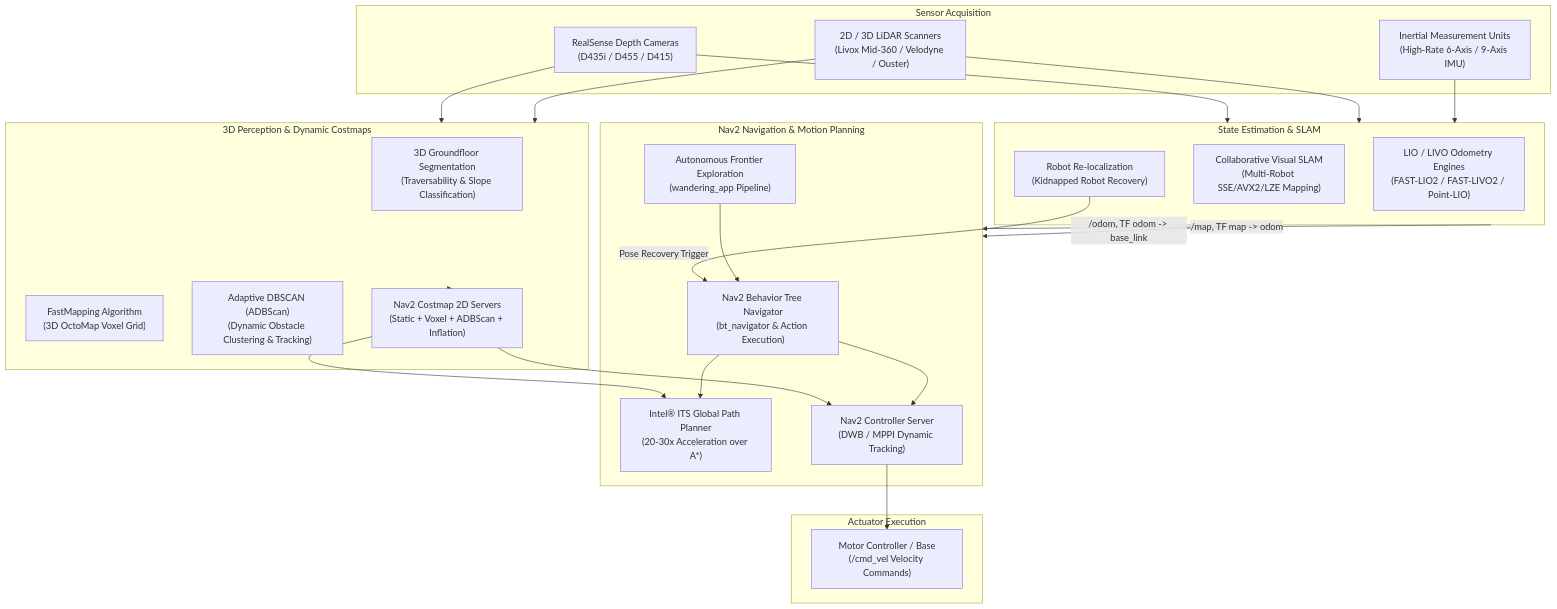
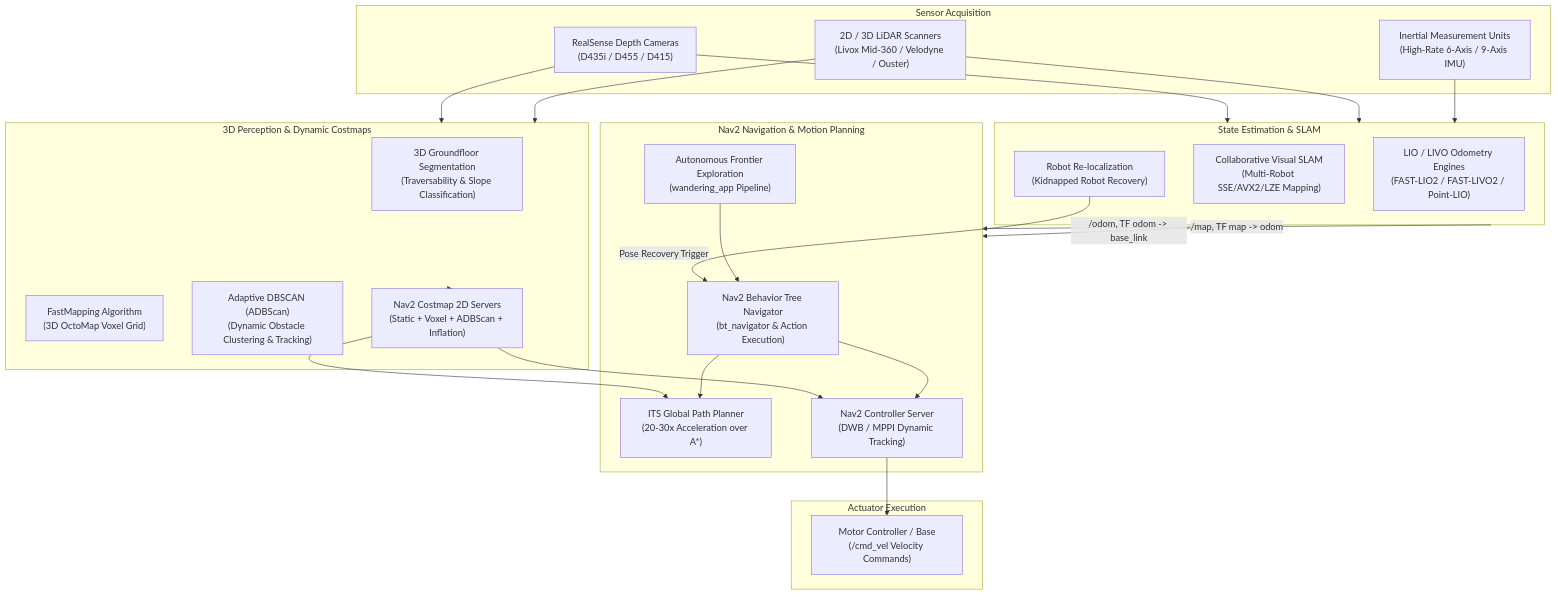
Before and after one commit to open-edge-platform/robotics-ai-suite-staging: the diagram in docs/user-guide/components/navigation/index.md, drawn with Mermaid. The commit also changed other lines of this file and 20 other files, not shown here.

````diff
--- a/docs/user-guide/components/navigation/index.md
+++ b/docs/user-guide/components/navigation/index.md
@@ -12,52 +12,52 @@
 ```{mermaid}
 flowchart TD
     subgraph Sensors["Sensor Acquisition"]
         RS["RealSense Depth Cameras\n(D435i / D455 / D415)"]
         LiDAR["2D / 3D LiDAR Scanners\n(Livox Mid-360 / Velodyne / Ouster)"]
         IMU["Inertial Measurement Units\n(High-Rate 6-Axis / 9-Axis IMU)"]
     end
 
     subgraph State_Estimation["State Estimation & SLAM"]
         LIO["LIO / LIVO Odometry Engines\n(FAST-LIO2 / FAST-LIVO2 / Point-LIO)"]
         CollabSLAM["Collaborative Visual SLAM\n(Multi-Robot SSE/AVX2/LZE Mapping)"]
         Reloc["Robot Re-localization\n(Kidnapped Robot Recovery)"]
     end
 
     subgraph Costmaps["3D Perception & Dynamic Costmaps"]
         GF["3D Groundfloor Segmentation\n(Traversability & Slope Classification)"]
         FM["FastMapping Algorithm\n(3D OctoMap Voxel Grid)"]
         ADB["Adaptive DBSCAN (ADBScan)\n(Dynamic Obstacle Clustering & Tracking)"]
         Costmap2D["Nav2 Costmap 2D Servers\n(Static + Voxel + ADBScan + Inflation)"]
     end
 
     subgraph Planning_Control["Nav2 Navigation & Motion Planning"]
         BT["Nav2 Behavior Tree Navigator\n(bt_navigator & Action Execution)"]
-        ITS["Intel® ITS Global Path Planner\n(20-30x Acceleration over A*)"]
+        ITS["ITS Global Path Planner\n(20-30x Acceleration over A*)"]
         Controller["Nav2 Controller Server\n(DWB / MPPI Dynamic Tracking)"]
         Wandering["Autonomous Frontier Exploration\n(wandering_app Pipeline)"]
     end
 
     subgraph Actuation["Actuator Execution"]
         CmdVel["Motor Controller / Base\n(/cmd_vel Velocity Commands)"]
     end
 
     RS --> State_Estimation
     LiDAR --> State_Estimation
     IMU --> State_Estimation
 
     RS --> Costmaps
     LiDAR --> Costmaps
 
     State_Estimation -->|/odom, TF odom -> base_link| Planning_Control
     State_Estimation -->|/map, TF map -> odom| Planning_Control
     Reloc -->|Pose Recovery Trigger| BT
 
     Costmaps --> Costmap2D
     Costmap2D --> ITS
     Costmap2D --> Controller
 
     BT --> ITS
     BT --> Controller
     Wandering --> BT
     Controller --> CmdVel
 ```
````
